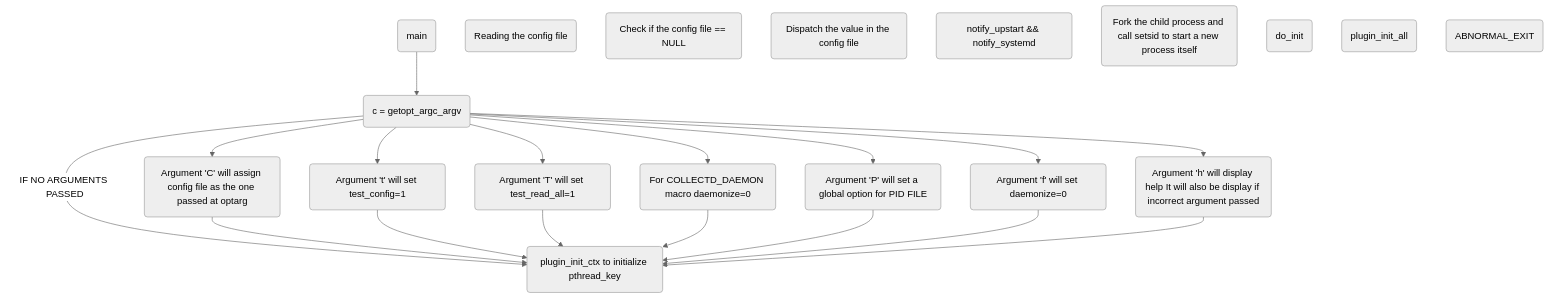
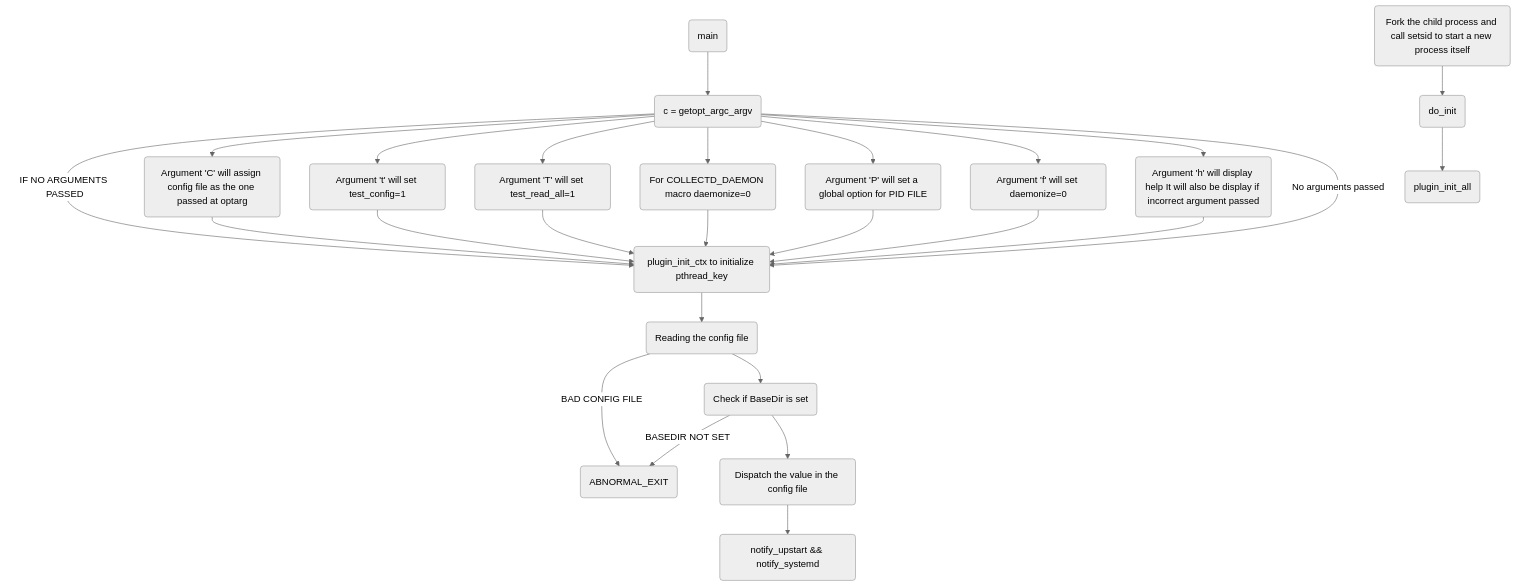
The diagram in mynotes/Collectd workflow.md (logictech31/MyProjects), drawn with Mermaid (neutral theme) before and after one commit. The commit also changed other lines of this file and 18 other files, not shown here.

````diff
--- a/mynotes/Collectd workflow.md
+++ b/mynotes/Collectd workflow.md
@@ -11,43 +13,52 @@
 ```mermaid
 graph TD;
 %% Start
-id1(main)
+id0(main)
 id1.1(c = getopt_argc_argv)
 id1.1.1(Argument 'C' will assign config file as the one passed at optarg)
 id1.1.2(Argument 't' will set test_config=1)
 id1.1.3(Argument 'T' will set test_read_all=1)
 id1.1.4(For COLLECTD_DAEMON macro daemonize=0)
 id1.1.5(Argument 'P' will set a global option for PID FILE)
 id1.1.6(Argument 'f' will set daemonize=0)
 id1.1.7(Argument 'h' will display help It will also be display if incorrect argument passed)
 id1.9(plugin_init_ctx to initialize pthread_key)
 
 %% Initialization of Plugins
 id2.1(Reading the config file)
-id2.2(Check if the config file == NULL)
+id2.2(Check if BaseDir is set)
 id2.3(Dispatch the value in the config file)
 id2.4(notify_upstart && notify_systemd)
 id2.5(Fork the child process and call setsid to start a new process itself)
 id2.6(do_init)
 id2.7(plugin_init_all)
 
 id99(ABNORMAL_EXIT)
 
 %% ---- Links ----
-id1 --> id1.1
+id0 --> id1.1
 id1.1 -- IF NO ARGUMENTS PASSED --> id1.9
 id1.1 --> id1.1.1
 id1.1 --> id1.1.2
 id1.1 --> id1.1.3
 id1.1 --> id1.1.4
 id1.1 --> id1.1.5
 id1.1 --> id1.1.6
 id1.1 --> id1.1.7
+id1.1 -- No arguments passed --> id1.9
 id1.1.1 --> id1.9
 id1.1.2 --> id1.9
 id1.1.3 --> id1.9
 id1.1.4 --> id1.9
 id1.1.5 --> id1.9
 id1.1.6 --> id1.9
 id1.1.7 --> id1.9
+id1.9 --> id2.1
+id2.1 -- BAD CONFIG FILE --> id99
+id2.1 --> id2.2
+id2.2 -- BASEDIR NOT SET --> id99
+id2.2 --> id2.3
+id2.3 --> id2.4
+id2.5 --> id2.6
+id2.6 --> id2.7
 ```
````
